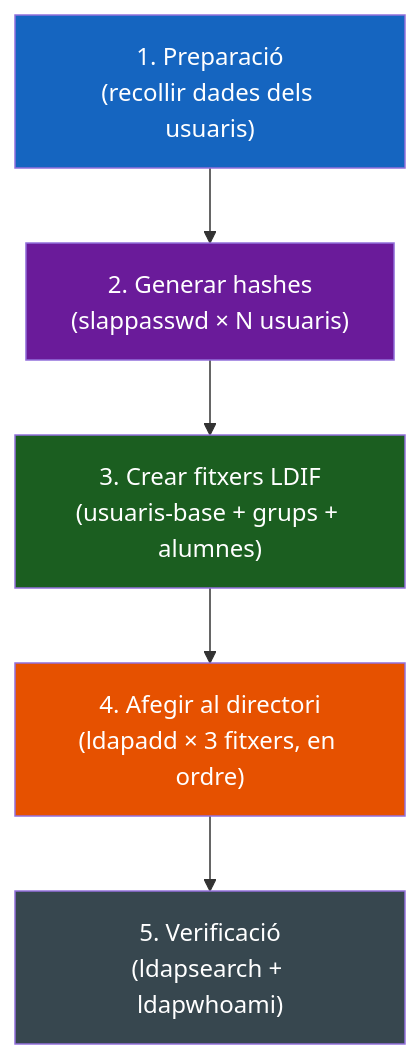
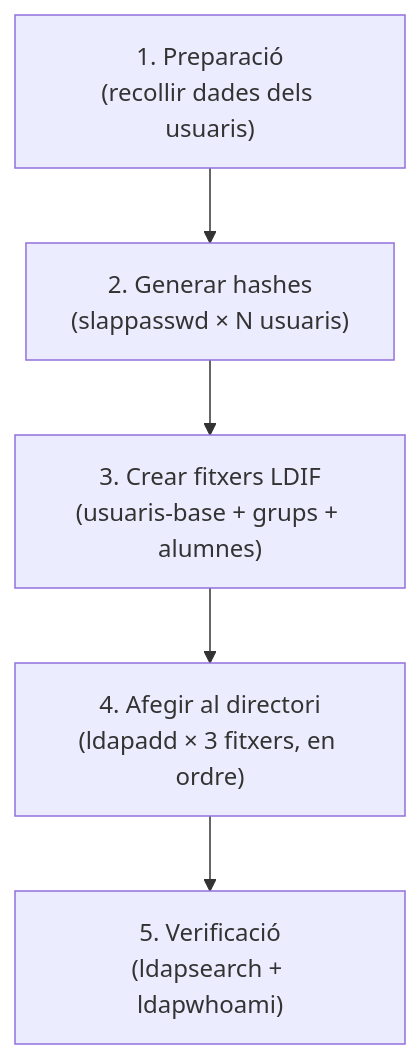
Before and after one commit to xtartera/TartyDocs: the diagram in docs/ut2/bloc4-ldap-usuaris/22-ldap-multiusuari.md, drawn with Mermaid. The commit also changed 15 other files, not shown here.

First line of the commit message:
ut2: elimina style directives dels diagrames mermaid (18 fitxers)

````diff
--- a/docs/ut2/bloc4-ldap-usuaris/22-ldap-multiusuari.md
+++ b/docs/ut2/bloc4-ldap-usuaris/22-ldap-multiusuari.md
@@ -18,13 +18,8 @@
     ```mermaid
     flowchart TD
         A["1. Preparació\n(recollir dades dels usuaris)"] --> B["2. Generar hashes\n(slappasswd × N usuaris)"]
         B --> C["3. Crear fitxers LDIF\n(usuaris-base + grups + alumnes)"]
         C --> D["4. Afegir al directori\n(ldapadd × 3 fitxers, en ordre)"]
         D --> E["5. Verificació\n(ldapsearch + ldapwhoami)"]
 
-        style A fill:#1565C0,color:#fff
-        style B fill:#6A1B9A,color:#fff
-        style C fill:#1B5E20,color:#fff
-        style D fill:#E65100,color:#fff
-        style E fill:#37474F,color:#fff
     ```
````
